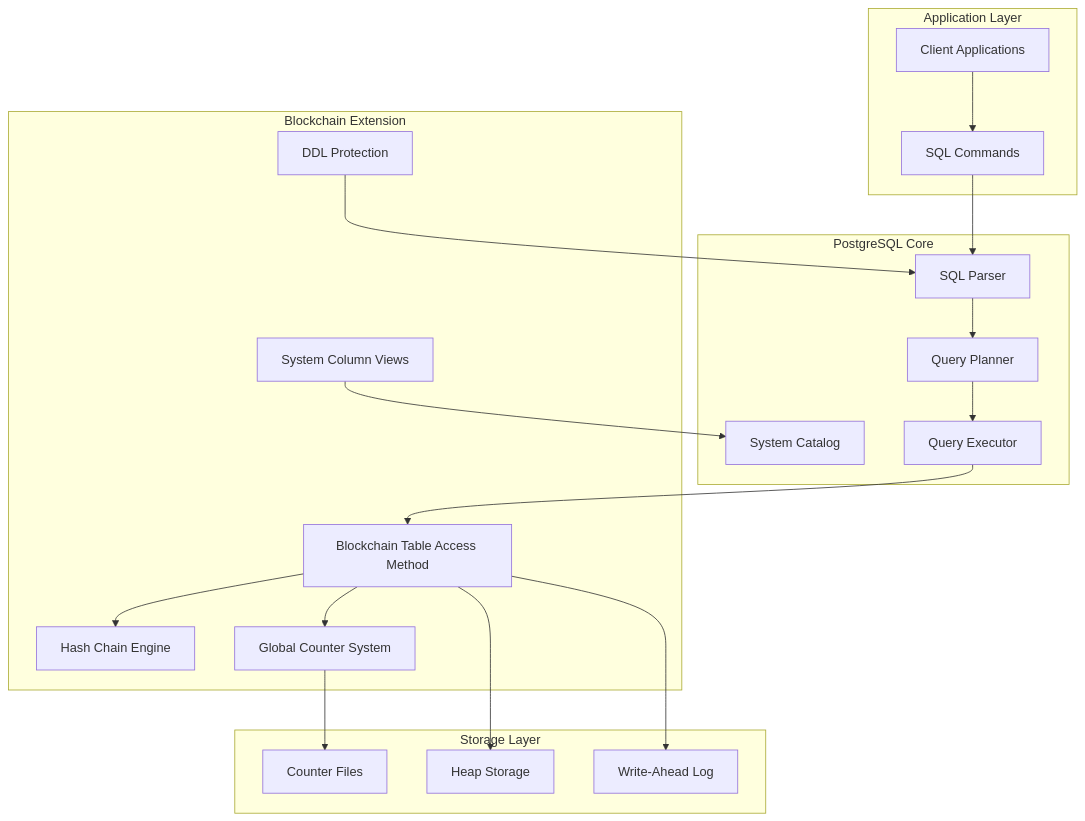
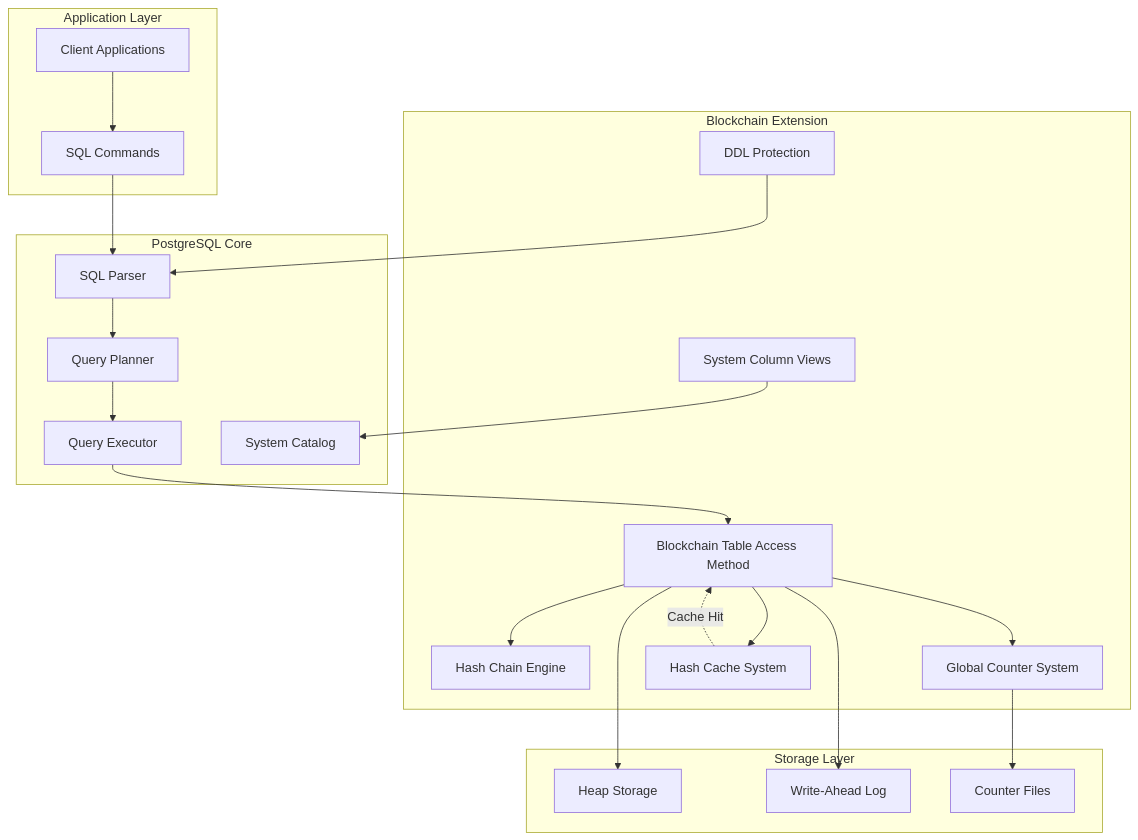
The first of 6 diagrams in docs/HLD_PostgreSQL_Blockchain_Extension.md (UltraMoonEagle/postgres_test), drawn with Mermaid before and after one commit. The commit also changed other lines of this file, not shown here.

````diff
--- a/docs/HLD_PostgreSQL_Blockchain_Extension.md
+++ b/docs/HLD_PostgreSQL_Blockchain_Extension.md
@@ -47,41 +47,44 @@
 ```mermaid
 graph TB
     subgraph "Application Layer"
         SQL[SQL Commands]
         Client[Client Applications]
     end
-    
+
     subgraph "PostgreSQL Core"
         Parser[SQL Parser]
         Planner[Query Planner]
         Executor[Query Executor]
         Catalog[System Catalog]
     end
-    
+
     subgraph "Blockchain Extension"
         TAM[Blockchain Table Access Method]
         HashEngine[Hash Chain Engine]
         Counter[Global Counter System]
+        HashCache[Hash Cache System]
         Utility[DDL Protection]
         Views[System Column Views]
     end
-    
+
     subgraph "Storage Layer"
         Heap[Heap Storage]
         WAL[Write-Ahead Log]
         Files[Counter Files]
     end
-    
+
     Client --> SQL
     SQL --> Parser
     Parser --> Planner
     Planner --> Executor
     Executor --> TAM
     TAM --> HashEngine
     TAM --> Counter
+    TAM --> HashCache
     TAM --> Heap
     Utility --> Parser
     Views --> Catalog
     Counter --> Files
+    HashCache -.->|Cache Hit| TAM
     TAM --> WAL
 ```
````
